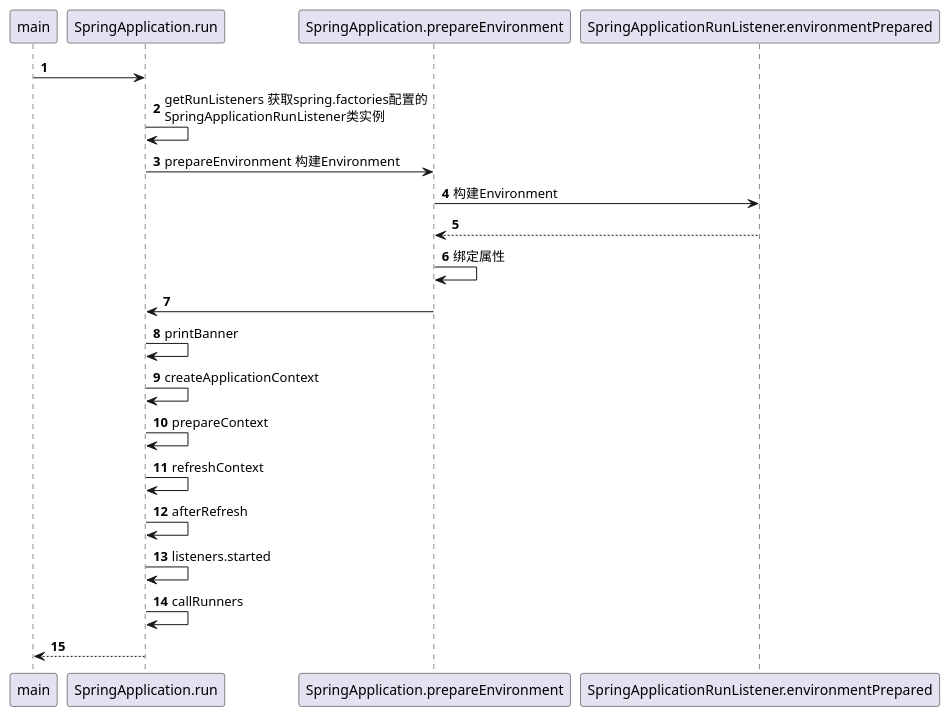
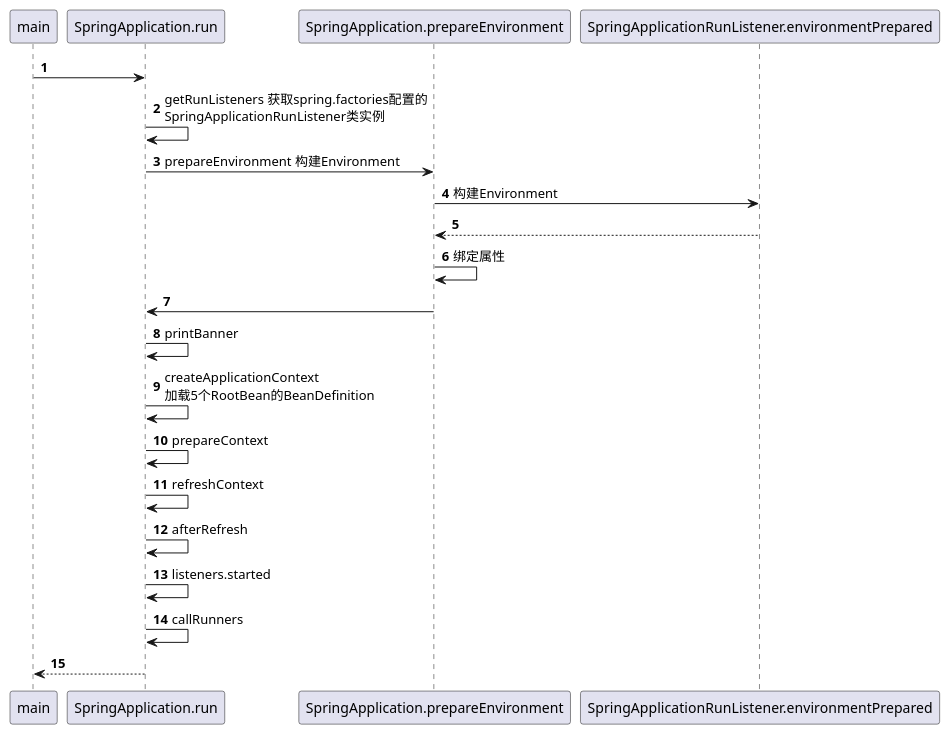
Before and after one commit to walklown/daily-code: the diagram in design/spring/Starter 1 Environment.puml, drawn with PlantUML. The commit also changed 10 other files, not shown here.

```diff
--- a/design/spring/Starter 1 Environment.puml
+++ b/design/spring/Starter 1 Environment.puml
@@ -1,22 +1,22 @@
 @startuml
 'https://plantuml.com/sequence-diagram
 
 autonumber
 
 main -> SpringApplication.run
 SpringApplication.run -> SpringApplication.run : getRunListeners 获取spring.factories配置的\nSpringApplicationRunListener类实例
 SpringApplication.run -> SpringApplication.prepareEnvironment : prepareEnvironment 构建Environment
 SpringApplication.prepareEnvironment -> SpringApplicationRunListener.environmentPrepared : 构建Environment
 SpringApplicationRunListener.environmentPrepared --> SpringApplication.prepareEnvironment
 SpringApplication.prepareEnvironment -> SpringApplication.prepareEnvironment : 绑定属性
 SpringApplication.prepareEnvironment -> SpringApplication.run
 SpringApplication.run -> SpringApplication.run : printBanner
-SpringApplication.run -> SpringApplication.run : createApplicationContext
+SpringApplication.run -> SpringApplication.run : createApplicationContext\n加载5个RootBean的BeanDefinition
 SpringApplication.run -> SpringApplication.run : prepareContext
 SpringApplication.run -> SpringApplication.run : refreshContext
 SpringApplication.run -> SpringApplication.run : afterRefresh
 SpringApplication.run -> SpringApplication.run : listeners.started
 SpringApplication.run -> SpringApplication.run : callRunners
 SpringApplication.run --> main
 
 @enduml
```
